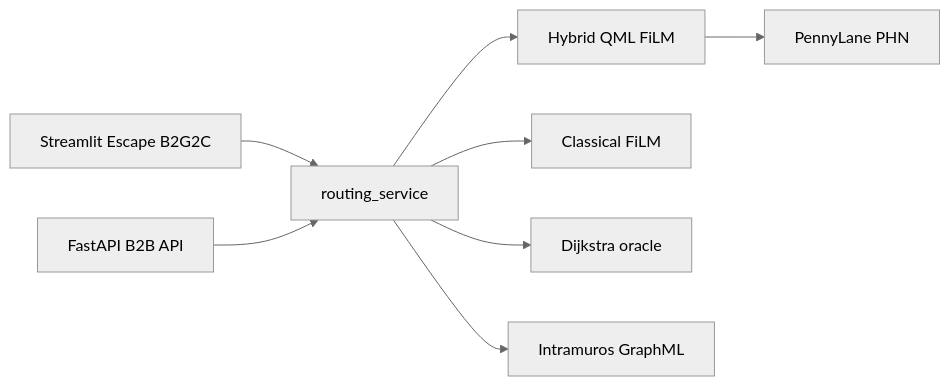
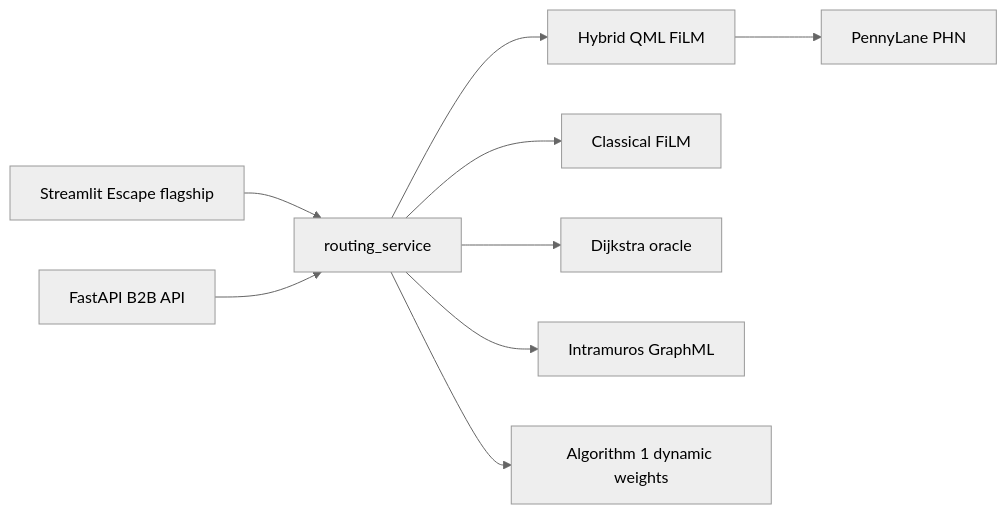
One commit to meolen07/QuantumRelief changed the diagram in README.md. Above: the diagram before and after it, drawn with Mermaid (neutral theme). The commit also changed other lines of this file, not shown here.

````diff
--- a/README.md
+++ b/README.md
@@ -109,10 +128,11 @@
 ```mermaid
 flowchart LR
-  UX[Streamlit Escape B2G2C] --> RS[routing_service]
+  UX[Streamlit Escape flagship] --> RS[routing_service]
   API[FastAPI B2B API] --> RS
   RS --> H[Hybrid QML FiLM]
   RS --> C[Classical FiLM]
   RS --> D[Dijkstra oracle]
   H --> PL[PennyLane PHN]
   RS --> G[Intramuros GraphML]
+  RS --> Dyn[Algorithm 1 dynamic weights]
 ```
````
